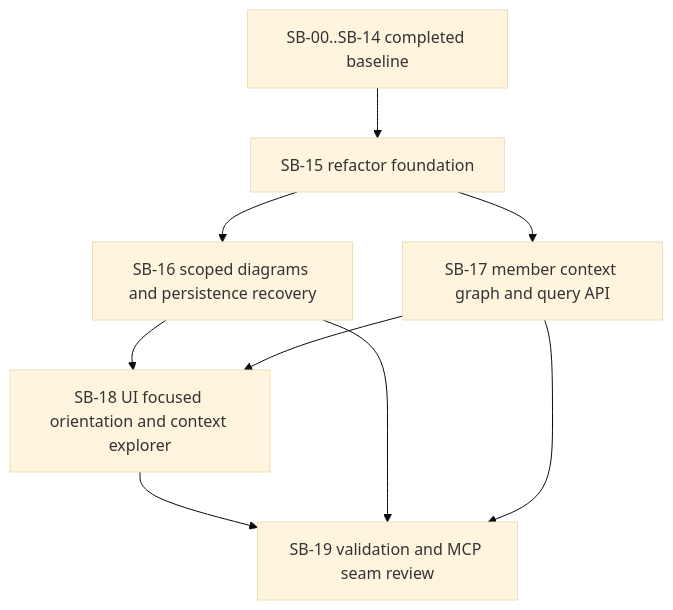
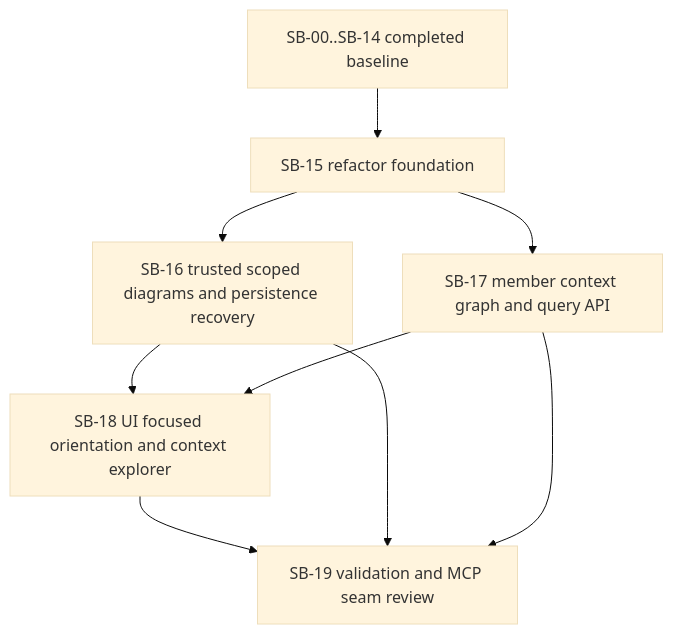
The diagram in CanDoItAll.CodeAnalsis.ExecutionBundle/plan/01-phase-plan.md (fyziktom/CanDoItAll.CodeAnalysis), drawn with Mermaid (base theme) before and after one commit. The commit also changed other lines of this file and 20 other files, not shown here.

````diff
--- a/CanDoItAll.CodeAnalsis.ExecutionBundle/plan/01-phase-plan.md
+++ b/CanDoItAll.CodeAnalsis.ExecutionBundle/plan/01-phase-plan.md
@@ -16,11 +16,11 @@
 ```mermaid
 flowchart TD
     SB00[SB-00..SB-14 completed baseline] --> SB15[SB-15 refactor foundation]
-    SB15 --> SB16[SB-16 scoped diagrams and persistence recovery]
+    SB15 --> SB16[SB-16 trusted scoped diagrams and persistence recovery]
     SB15 --> SB17[SB-17 member context graph and query API]
     SB16 --> SB18[SB-18 UI focused orientation and context explorer]
     SB17 --> SB18
     SB18 --> SB19[SB-19 validation and MCP seam review]
     SB16 --> SB19
     SB17 --> SB19
 ```
````
